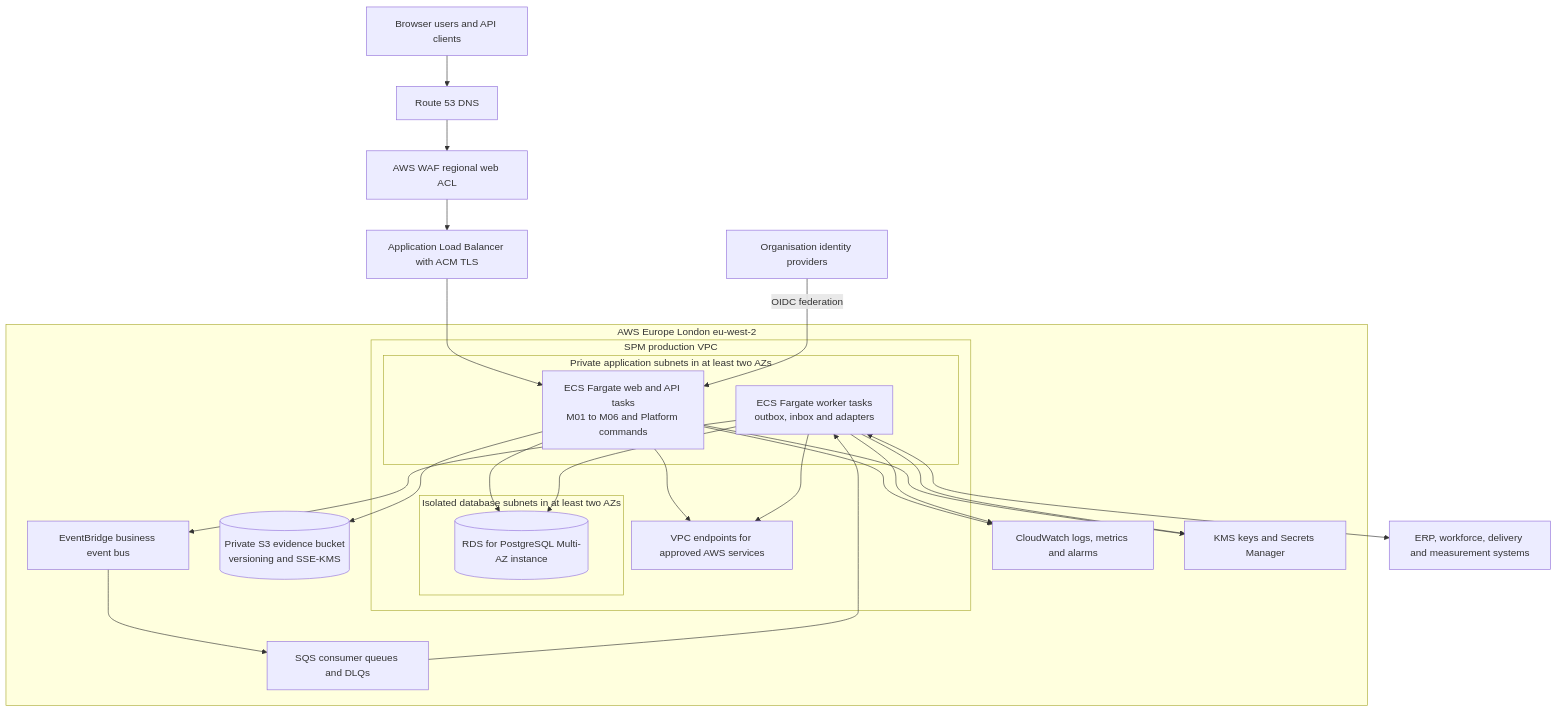
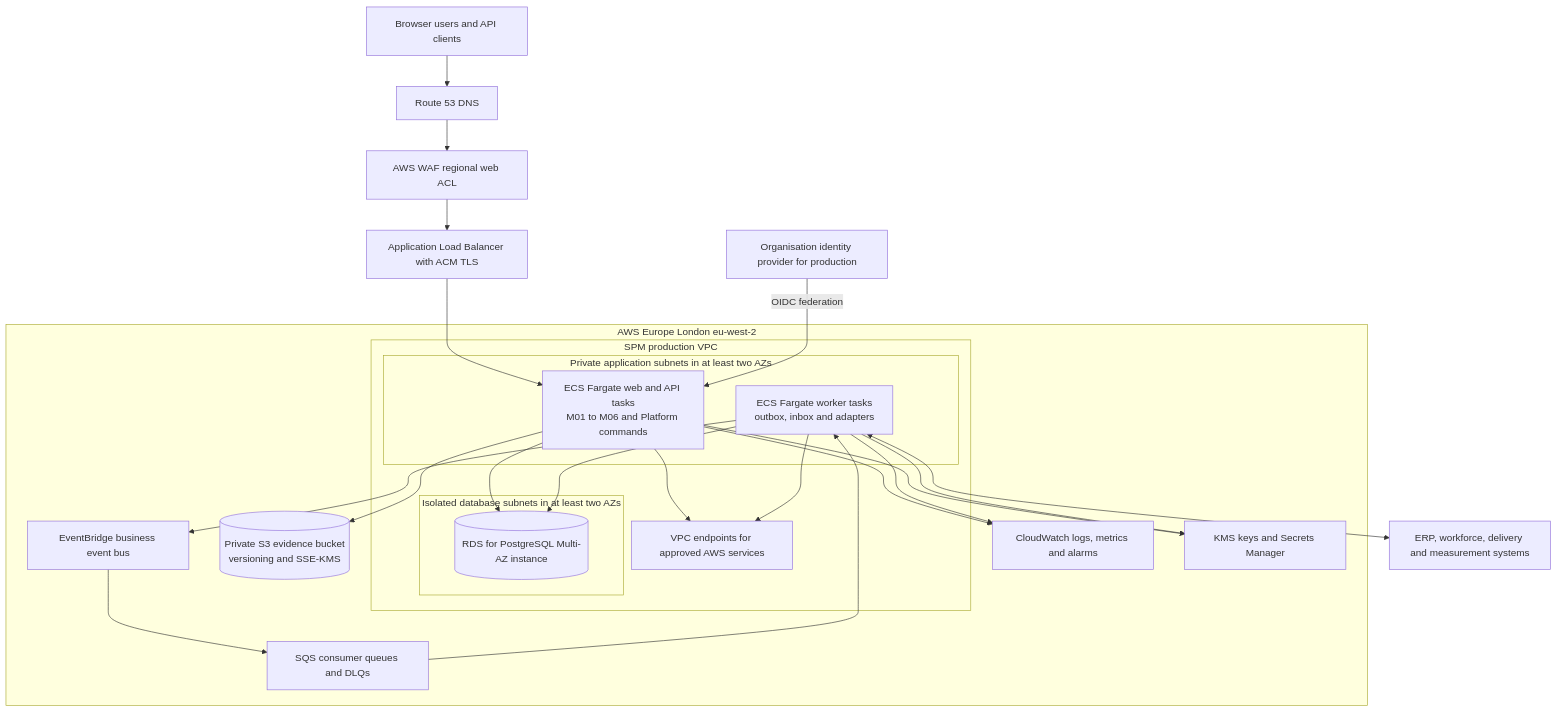
The diagram in docs/physical-architecture-aws.md (squire1310/Strategic_Portfolio_Management), drawn with Mermaid before and after one commit. The commit also changed other lines of this file, not shown here.

Commit message:
Align docs/physical-architecture-aws.md with first build and model v1.1

````diff
--- a/docs/physical-architecture-aws.md
+++ b/docs/physical-architecture-aws.md
@@ -16,39 +16,39 @@
 ```mermaid
 flowchart TB
   U[Browser users and API clients]
-  IDP[Organisation identity providers]
+  IDP[Organisation identity provider for production]
   DNS[Route 53 DNS]
   WAF[AWS WAF regional web ACL]
   ALB[Application Load Balancer with ACM TLS]
   subgraph REGION[AWS Europe London eu-west-2]
     subgraph VPC[SPM production VPC]
       subgraph APP[Private application subnets in at least two AZs]
         WEB[ECS Fargate web and API tasks<br/>M01 to M06 and Platform commands]
         WORK[ECS Fargate worker tasks<br/>outbox, inbox and adapters]
       end
       subgraph DATA[Isolated database subnets in at least two AZs]
         RDS[(RDS for PostgreSQL Multi-AZ instance)]
       end
       ENDPOINTS[VPC endpoints for approved AWS services]
     end
     S3[(Private S3 evidence bucket<br/>versioning and SSE-KMS)]
     BUS[EventBridge business event bus]
     Q[SQS consumer queues and DLQs]
     OBS[CloudWatch logs, metrics and alarms]
     KEY[KMS keys and Secrets Manager]
   end
   EXT[ERP, workforce, delivery and measurement systems]
   U --> DNS --> WAF --> ALB --> WEB
   IDP -->|OIDC federation| WEB
   WEB --> RDS
   WEB --> S3
   WEB --> OBS
   WORK --> RDS
   WORK --> BUS --> Q --> WORK
   WORK <--> EXT
   WORK --> OBS
   WEB --> KEY
   WORK --> KEY
   WEB --> ENDPOINTS
   WORK --> ENDPOINTS
 ```
````
